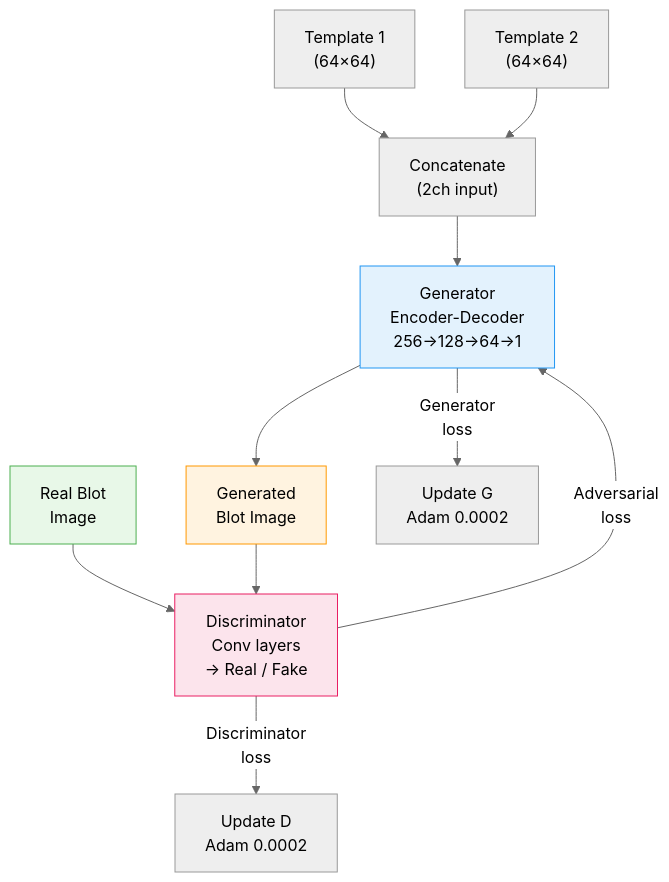
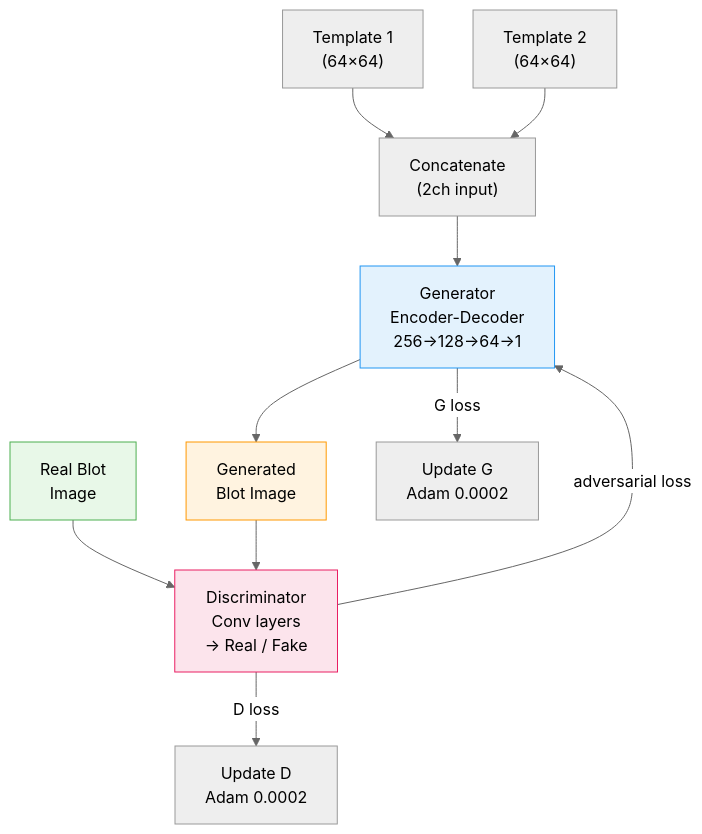
Before and after one commit to buttegggggggg/buttegggggggg.github.io: the fourth of 4 diagrams in DL.qmd, drawn with Mermaid (neutral theme). The commit also changed other lines of this file and 6 other files, not shown here.

````diff
--- a/DL.qmd
+++ b/DL.qmd
@@ -461,19 +408,19 @@
 ```{mermaid}
 flowchart TB
     T1["Template 1\n(64×64)"] --> CAT["Concatenate\n(2ch input)"]
     T2["Template 2\n(64×64)"] --> CAT
     CAT --> G["Generator\nEncoder-Decoder\n256→128→64→1"]
     G --> FAKE["Generated\nBlot Image"]
 
     REAL["Real Blot\nImage"] --> D
     FAKE --> D["Discriminator\nConv layers\n→ Real / Fake"]
 
-    D -->|"Adversarial\nloss"| G
-    D -->|"Discriminator\nloss"| UPDATE_D["Update D\nAdam 0.0002"]
-    G -->|"Generator\nloss"| UPDATE_G["Update G\nAdam 0.0002"]
+    D -->|"adversarial loss"| G
+    D -->|"D loss"| UPDATE_D["Update D\nAdam 0.0002"]
+    G -->|"G loss"| UPDATE_G["Update G\nAdam 0.0002"]
 
     style G fill:#e3f2fd,stroke:#2196F3
     style D fill:#fce4ec,stroke:#E91E63
     style FAKE fill:#fff3e0,stroke:#FF9800
     style REAL fill:#e8f8e8,stroke:#4CAF50
 ```
````
